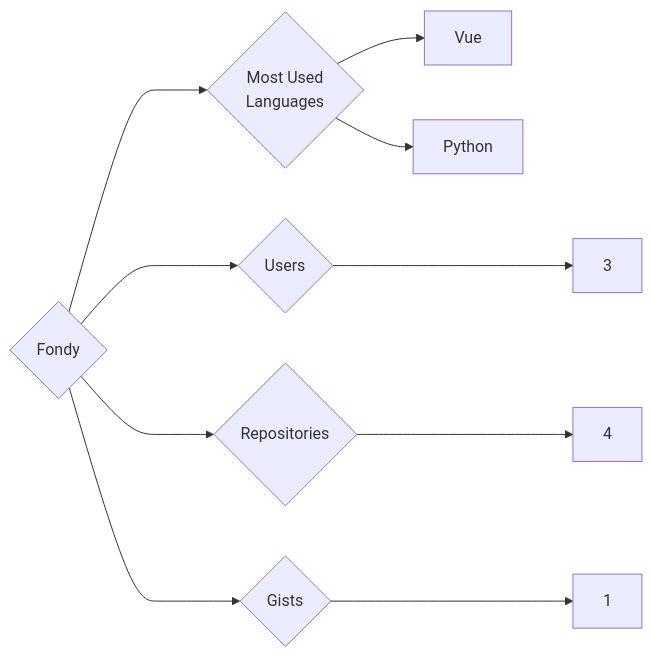
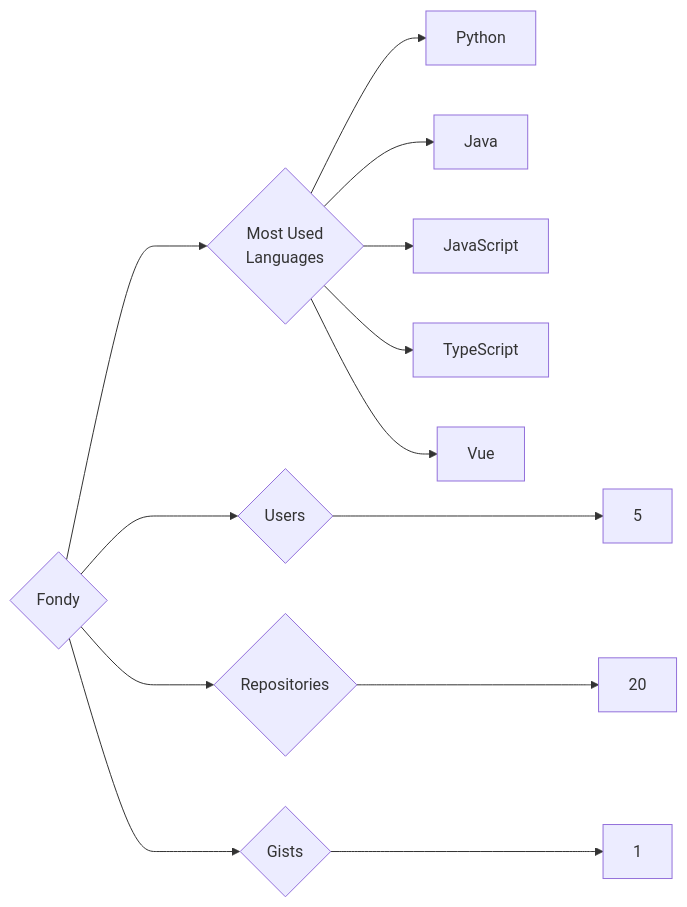
The diagram in targets/Fondy/README.md (trickest/insiders), drawn with Mermaid before and after one commit. The commit also changed 633 other files, not shown here.

````diff
--- a/targets/Fondy/README.md
+++ b/targets/Fondy/README.md
@@ -3,10 +3,13 @@
 ```mermaid
 graph LR
 COMPANY_NAME{Fondy}
-COMPANY_NAME ---> U{Users} ---> UN[3]
-COMPANY_NAME ---> R{Repositories} ---> RN[4]
+COMPANY_NAME ---> U{Users} ---> UN[5]
+COMPANY_NAME ---> R{Repositories} ---> RN[20]
 COMPANY_NAME ---> G{Gists} ---> GN[1]
 COMPANY_NAME ---> ML{Most Used<br>Languages}
+ML --> Python[Python]
+ML --> Java[Java]
+ML --> JavaScript[JavaScript]
+ML --> TypeScript[TypeScript]
 ML --> Vue[Vue]
-ML --> Python[Python]
 ```
````
